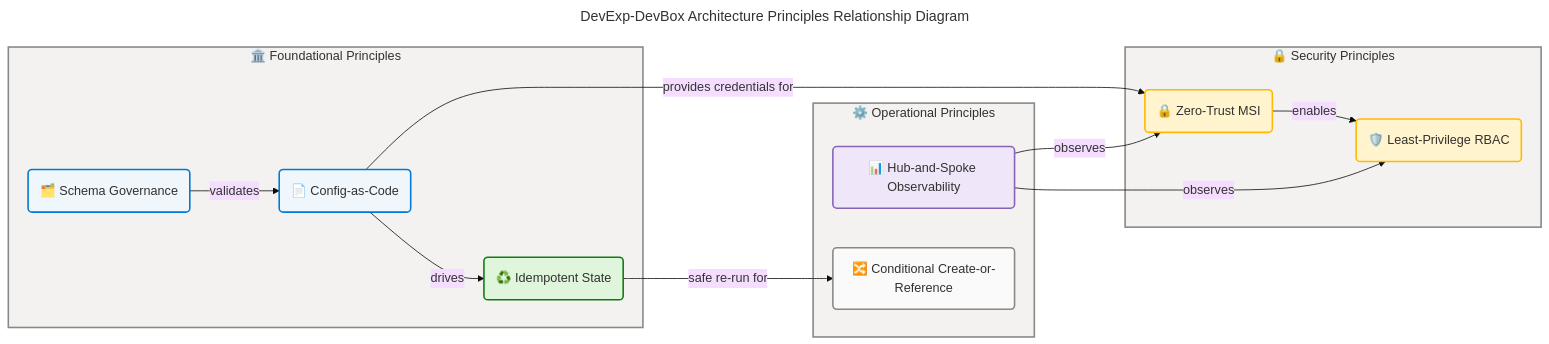
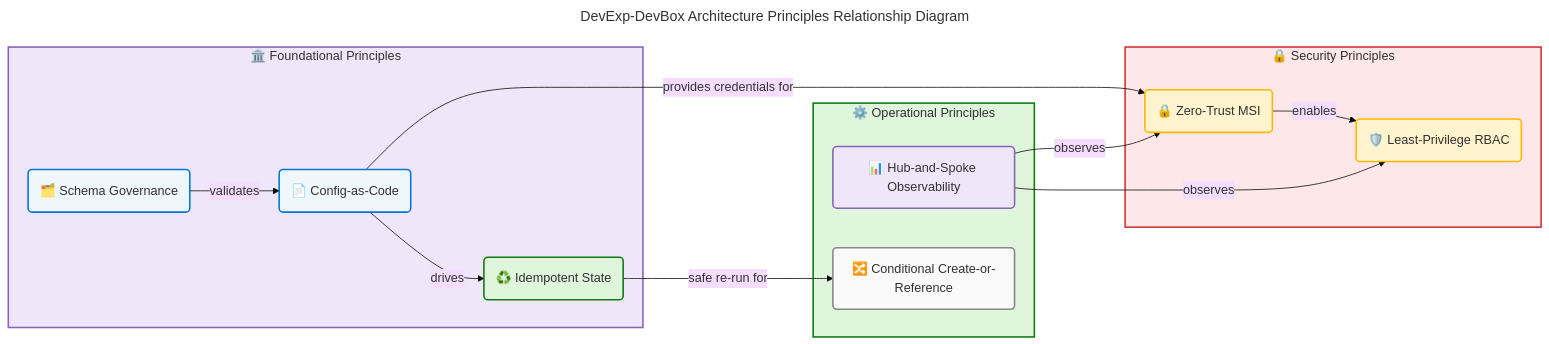
The fourth of 7 diagrams in docs/architecture/application-architecture.md (Evilazaro/DevExp-DevBox), drawn with Mermaid before and after one commit. The commit also changed other lines of this file and 1 other file, not shown here.

Commit message:
refactor: Update Mermaid diagram styles for improved visual clarity in application architecture documentation

````diff
--- a/docs/architecture/application-architecture.md
+++ b/docs/architecture/application-architecture.md
@@ -587,61 +593,61 @@
 ```mermaid
 ---
 title: "DevExp-DevBox Architecture Principles Relationship Diagram"
 config:
   theme: base
   look: classic
   layout: dagre
   themeVariables:
     fontSize: '16px'
   flowchart:
     htmlLabels: true
 ---
 flowchart LR
     accTitle: DevExp-DevBox Architecture Principles Relationship Diagram
     accDescr: Shows relationships between architecture principles and the foundational principles they depend on
 
 %% ═══════════════════════════════════════════════════════════════════════════
 %% AZURE / FLUENT ARCHITECTURE PATTERN v1.1
 %% (Semantic + Structural + Font + Accessibility Governance)
 %% ═══════════════════════════════════════════════════════════════════════════
 %% PHASE 1 - FLUENT UI: All styling uses approved Fluent UI palette only
 %% PHASE 2 - GROUPS: Every subgraph has semantic color via style directive
 %% PHASE 3 - COMPONENTS: Every node has semantic classDef + icon prefix
 %% PHASE 4 - ACCESSIBILITY: accTitle/accDescr present, WCAG AA contrast
 %% PHASE 5 - STANDARD: Governance block present, classDefs centralized
 %% ═══════════════════════════════════════════════════════════════════════════
 
     subgraph Foundation["🏛️ Foundational Principles"]
         CaC("📄 Config-as-Code"):::core
         SchemaGov("🗂️ Schema Governance"):::core
         Idempotent("♻️ Idempotent State"):::success
     end
 
     subgraph Security["🔒 Security Principles"]
         ZeroTrust("🔒 Zero-Trust MSI"):::warning
         LeastPriv("🛡️ Least-Privilege RBAC"):::warning
     end
 
     subgraph Operational["⚙️ Operational Principles"]
         HubSpoke("📊 Hub-and-Spoke Observability"):::data
         CondCreate("🔀 Conditional Create-or-Reference"):::neutral
     end
 
     SchemaGov -->|"validates"| CaC
     CaC -->|"drives"| Idempotent
     ZeroTrust -->|"enables"| LeastPriv
     CaC -->|"provides credentials for"| ZeroTrust
     Idempotent -->|"safe re-run for"| CondCreate
     HubSpoke -->|"observes"| ZeroTrust
     HubSpoke -->|"observes"| LeastPriv
 
-    style Foundation fill:#F3F2F1,stroke:#8A8886,stroke-width:2px,color:#323130
-    style Security fill:#F3F2F1,stroke:#8A8886,stroke-width:2px,color:#323130
-    style Operational fill:#F3F2F1,stroke:#8A8886,stroke-width:2px,color:#323130
+    style Foundation fill:#F0E6FA,stroke:#8764B8,stroke-width:2px,color:#323130
+    style Security fill:#FDE7E9,stroke:#D13438,stroke-width:2px,color:#323130
+    style Operational fill:#DFF6DD,stroke:#107C10,stroke-width:2px,color:#323130
 
     classDef neutral fill:#FAFAFA,stroke:#8A8886,stroke-width:2px,color:#323130
     classDef core fill:#EFF6FC,stroke:#0078D4,stroke-width:2px,color:#323130
     classDef success fill:#DFF6DD,stroke:#107C10,stroke-width:2px,color:#323130
     classDef warning fill:#FFF4CE,stroke:#FFB900,stroke-width:2px,color:#323130
     classDef data fill:#F0E6FA,stroke:#8764B8,stroke-width:2px,color:#323130
 ```
````
